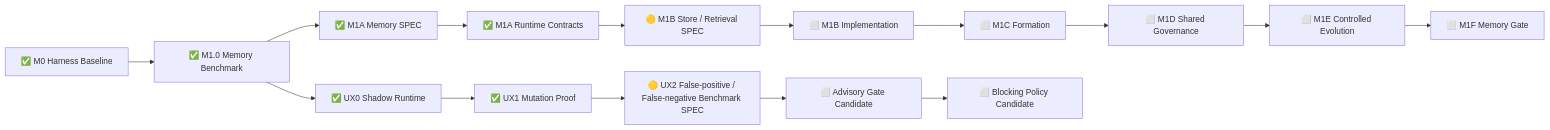
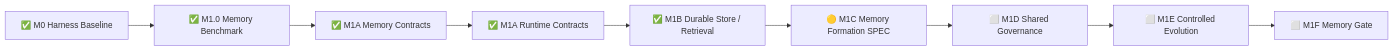
The diagram in docs/implementation-status.md (lsq1030757028/Pytest-playwright-e2e), drawn with Mermaid before and after one commit. The commit also changed other lines of this file, not shown here.

Commit message:
docs(m1b): record verified runtime closure and M1C next [HUMAN:memory-first-m1b-closure]

````diff
--- a/docs/implementation-status.md
+++ b/docs/implementation-status.md
@@ -45,19 +41,12 @@
 ```mermaid
 flowchart LR
     A[✅ M0 Harness Baseline]
     --> B[✅ M1.0 Memory Benchmark]
-    --> C[✅ M1A Memory SPEC]
+    --> C[✅ M1A Memory Contracts]
     --> D[✅ M1A Runtime Contracts]
-    --> E[🟡 M1B Store / Retrieval SPEC]
-    --> F[⬜ M1B Implementation]
-    --> G[⬜ M1C Formation]
-    --> H[⬜ M1D Shared Governance]
-    --> I[⬜ M1E Controlled Evolution]
-    --> J[⬜ M1F Memory Gate]
-
-    B --> U1[✅ UX0 Shadow Runtime]
-    U1 --> U2[✅ UX1 Mutation Proof]
-    U2 --> U3[🟡 UX2 False-positive / False-negative Benchmark SPEC]
-    U3 --> U4[⬜ Advisory Gate Candidate]
-    U4 --> U5[⬜ Blocking Policy Candidate]
+    --> E[✅ M1B Durable Store / Retrieval]
+    --> F[🟡 M1C Memory Formation SPEC]
+    --> G[⬜ M1D Shared Governance]
+    --> H[⬜ M1E Controlled Evolution]
+    --> I[⬜ M1F Memory Gate]
 ```
````
